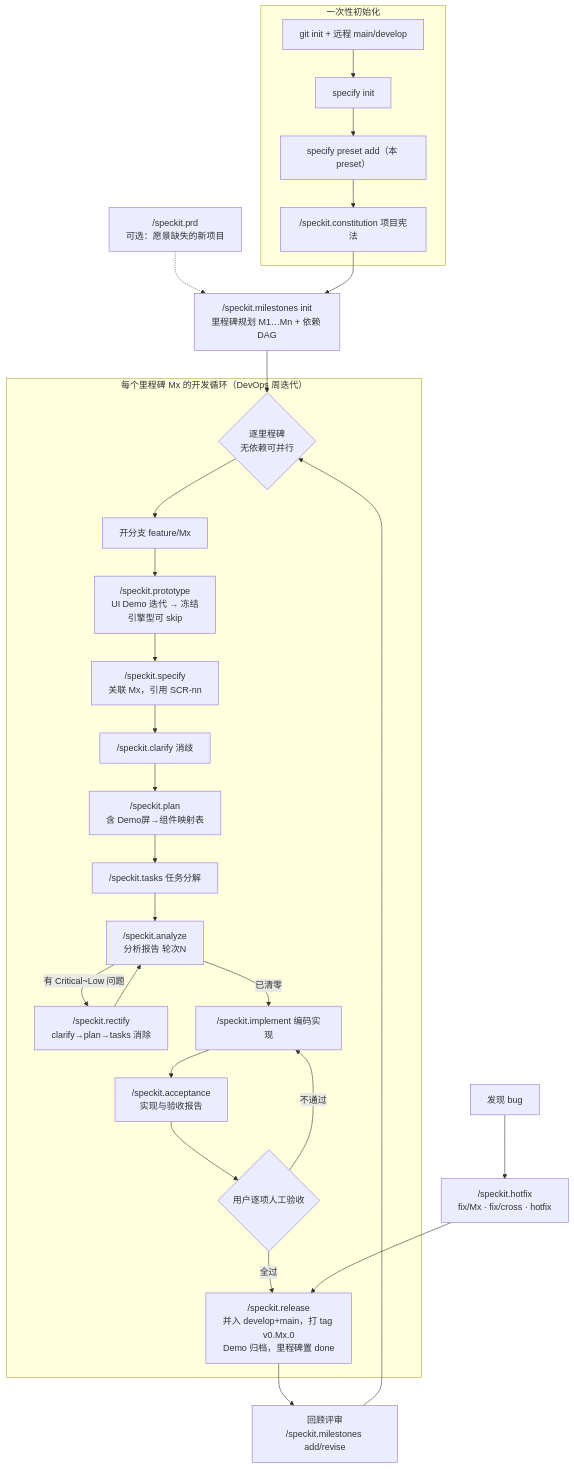
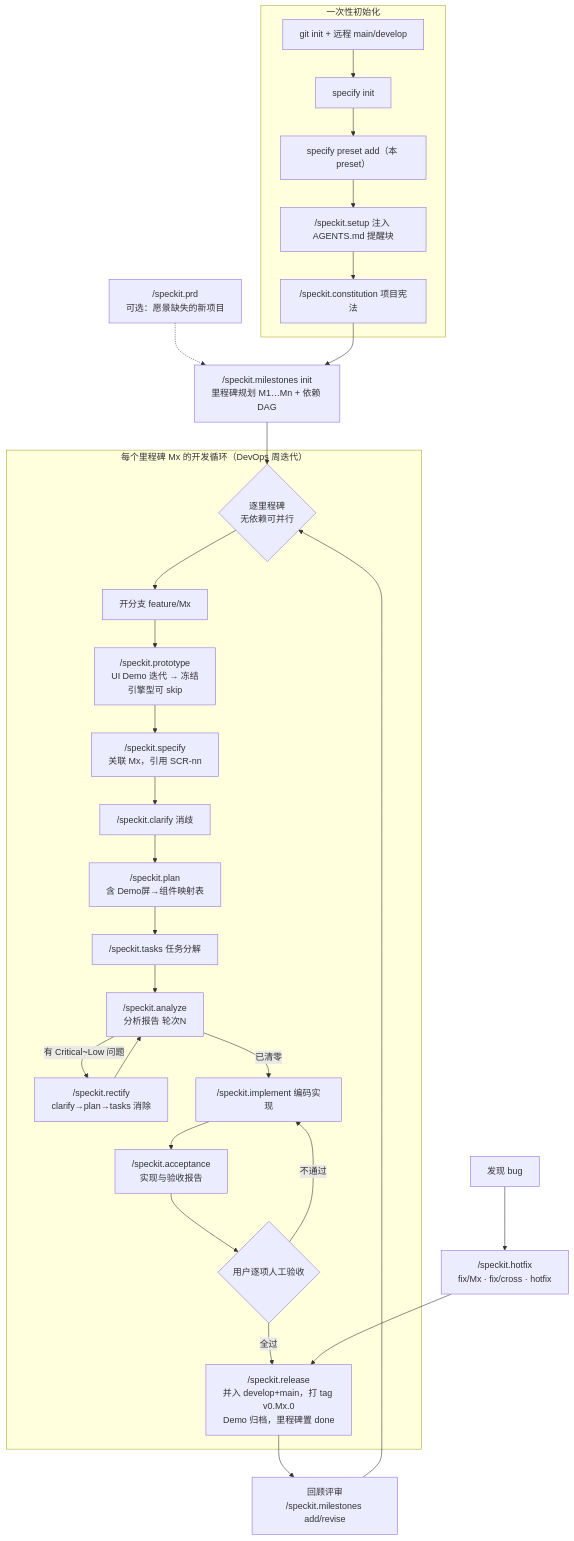
The diagram in README.md (sigentech/speckit-preset-milestone-driven-dev), drawn with Mermaid before and after one commit. The commit also changed other lines of this file and 4 other files, not shown here.

Commit message:
feat: v1.3.0 - speckit.setup AGENTS.md navigator injection + fix commands registration

````diff
--- a/README.md
+++ b/README.md
@@ -68,31 +72,32 @@
 ```mermaid
 flowchart TD
     subgraph INIT["一次性初始化"]
         A["git init + 远程 main/develop"] --> B["specify init"]
         B --> C["specify preset add（本 preset）"]
-        C --> D["/speckit.constitution 项目宪法"]
+        C --> C2["/speckit.setup 注入 AGENTS.md 提醒块"]
+        C2 --> D["/speckit.constitution 项目宪法"]
     end
     PRD["/speckit.prd<br/>可选：愿景缺失的新项目"] -.-> E
     D --> E["/speckit.milestones init<br/>里程碑规划 M1…Mn + 依赖 DAG"]
     E --> F{"逐里程碑<br/>无依赖可并行"}
     subgraph LOOP["每个里程碑 Mx 的开发循环（DevOps 周迭代）"]
         F --> G["开分支 feature/Mx"]
         G --> H["/speckit.prototype<br/>UI Demo 迭代 → 冻结<br/>引擎型可 skip"]
         H --> I["/speckit.specify<br/>关联 Mx，引用 SCR-nn"]
         I --> J["/speckit.clarify 消歧"]
         J --> K["/speckit.plan<br/>含 Demo屏→组件映射表"]
         K --> L["/speckit.tasks 任务分解"]
         L --> M["/speckit.analyze<br/>分析报告 轮次N"]
         M -->|有 Critical~Low 问题| N["/speckit.rectify<br/>clarify→plan→tasks 消除"]
         N --> M
         M -->|已清零| O["/speckit.implement 编码实现"]
         O --> P["/speckit.acceptance<br/>实现与验收报告"]
         P --> Q{"用户逐项人工验收"}
         Q -->|不通过| O
         Q -->|全过| R["/speckit.release<br/>并入 develop+main，打 tag v0.Mx.0<br/>Demo 归档，里程碑置 done"]
     end
     R --> S["回顾评审<br/>/speckit.milestones add/revise"]
     S --> F
     BUG["发现 bug"] --> T["/speckit.hotfix<br/>fix/Mx · fix/cross · hotfix"]
     T --> R
 ```
````
